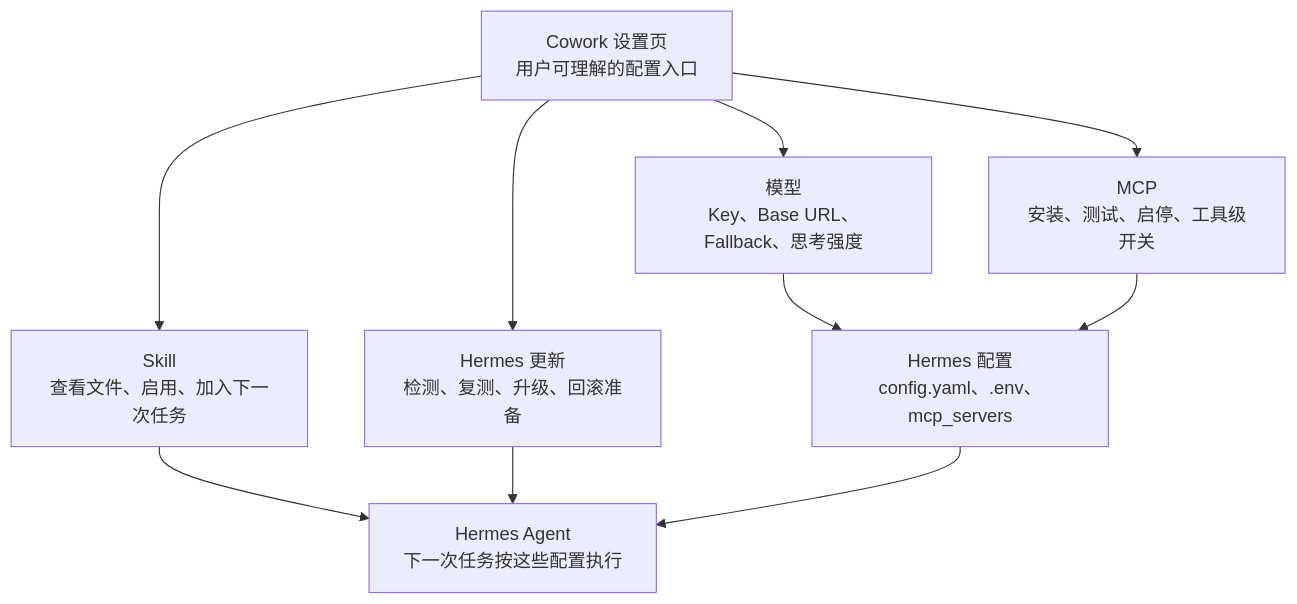
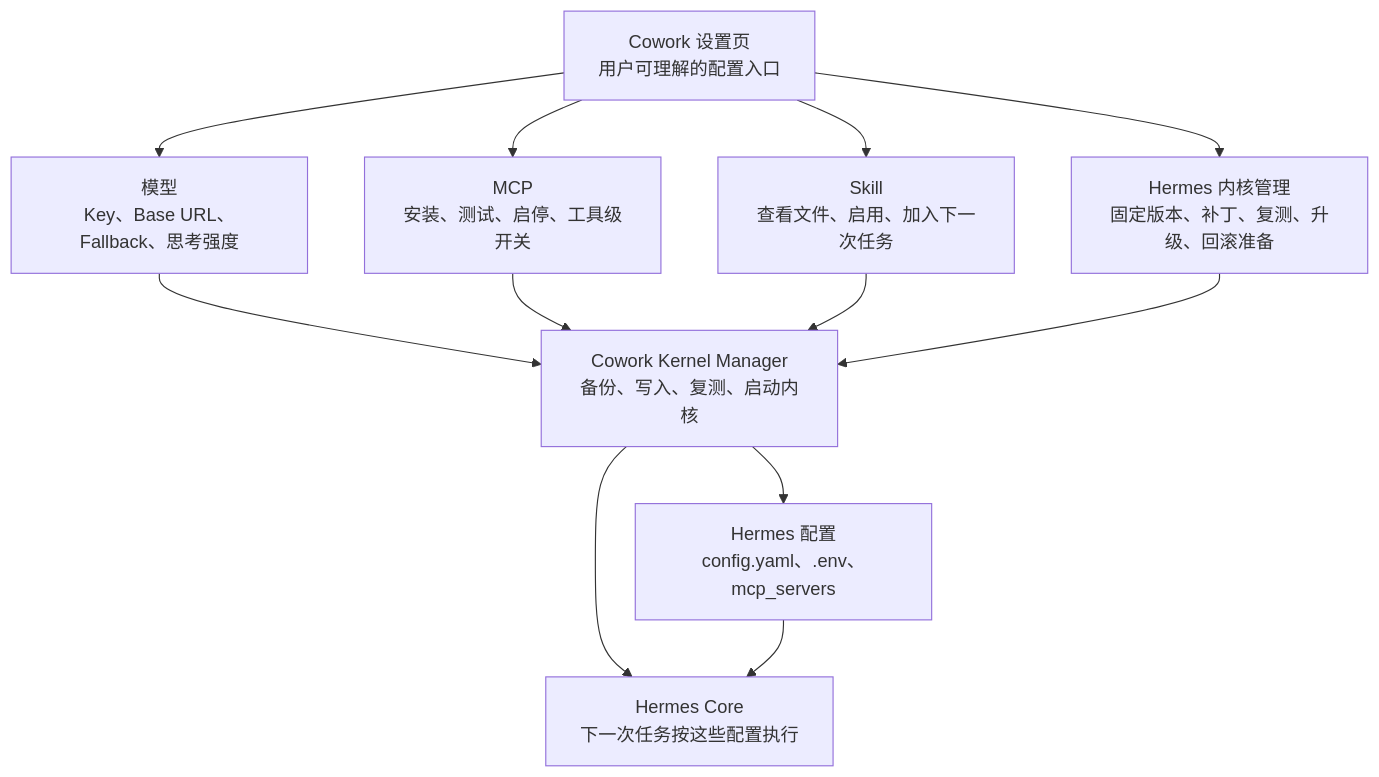
Before and after one commit to xinluwang1221/Lucas-: the third of 3 diagrams in Hermes_Cowork_开发文档.md, drawn with Mermaid. The commit also changed other lines of this file and 2683 other files, not shown here.

Commit message:
Add Hermes core baseline snapshot

````diff
--- a/Hermes_Cowork_开发文档.md
+++ b/Hermes_Cowork_开发文档.md
@@ -167,18 +250,21 @@
 ```mermaid
 flowchart TB
   S["Cowork 设置页<br/>用户可理解的配置入口"]
 
   M["模型<br/>Key、Base URL、Fallback、思考强度"]
   P["MCP<br/>安装、测试、启停、工具级开关"]
   K["Skill<br/>查看文件、启用、加入下一次任务"]
-  V["Hermes 更新<br/>检测、复测、升级、回滚准备"]
+  V["Hermes 内核管理<br/>固定版本、补丁、复测、升级、回滚准备"]
 
   HC["Hermes 配置<br/>config.yaml、.env、mcp_servers"]
-  HA["Hermes Agent<br/>下一次任务按这些配置执行"]
+  KM["Cowork Kernel Manager<br/>备份、写入、复测、启动内核"]
+  HA["Hermes Core<br/>下一次任务按这些配置执行"]
 
-  S --> M --> HC
-  S --> P --> HC
-  S --> K --> HA
-  S --> V --> HA
+  S --> M --> KM
+  S --> P --> KM
+  S --> K --> KM
+  S --> V --> KM
+  KM --> HC
+  KM --> HA
   HC --> HA
 ```
````
